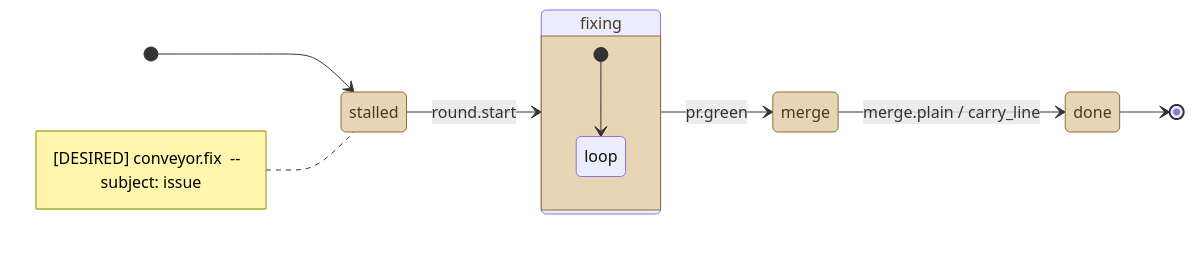
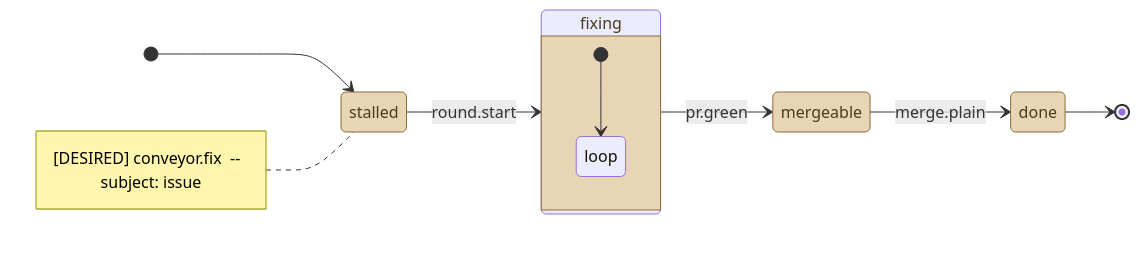
One commit to kostiantyn-matsebora/agent-ops-operator changed the diagram in .github/conveyor-model/mermaid/desired/conveyor_fix.mmd. Above: the diagram before and after it, drawn with Mermaid. The commit also changed 3 other files, not shown here.

First line of the commit message:
fix(conveyor): drop fabricated owned_by names, rename merge to mergeable

```diff
--- a/.github/conveyor-model/mermaid/desired/conveyor_fix.mmd
+++ b/.github/conveyor-model/mermaid/desired/conveyor_fix.mmd
@@ -1,21 +1,21 @@
 stateDiagram-v2
     direction LR
     [*] --> stalled
     note left of stalled
         [DESIRED] conveyor.fix  --  subject: issue
     end note
     classDef stationState fill:#e8d5b5,stroke:#8a6d3b,color:#4a3b1f
     classDef loopState fill:#c9e4de,stroke:#2f6b5e,color:#1a3b33
     state stalled
     state fixing
-    state merge
+    state mergeable
     state done
     stalled --> fixing : round.start
-    fixing --> merge : pr.green
-    merge --> done : merge.plain / carry_line
+    fixing --> mergeable : pr.green
+    mergeable --> done : merge.plain
     done --> [*]
-    class stalled, fixing, merge, done stationState
+    class stalled, fixing, mergeable, done stationState
     state fixing {
         [*] --> loop
         state "loop" as loop
     }
```
